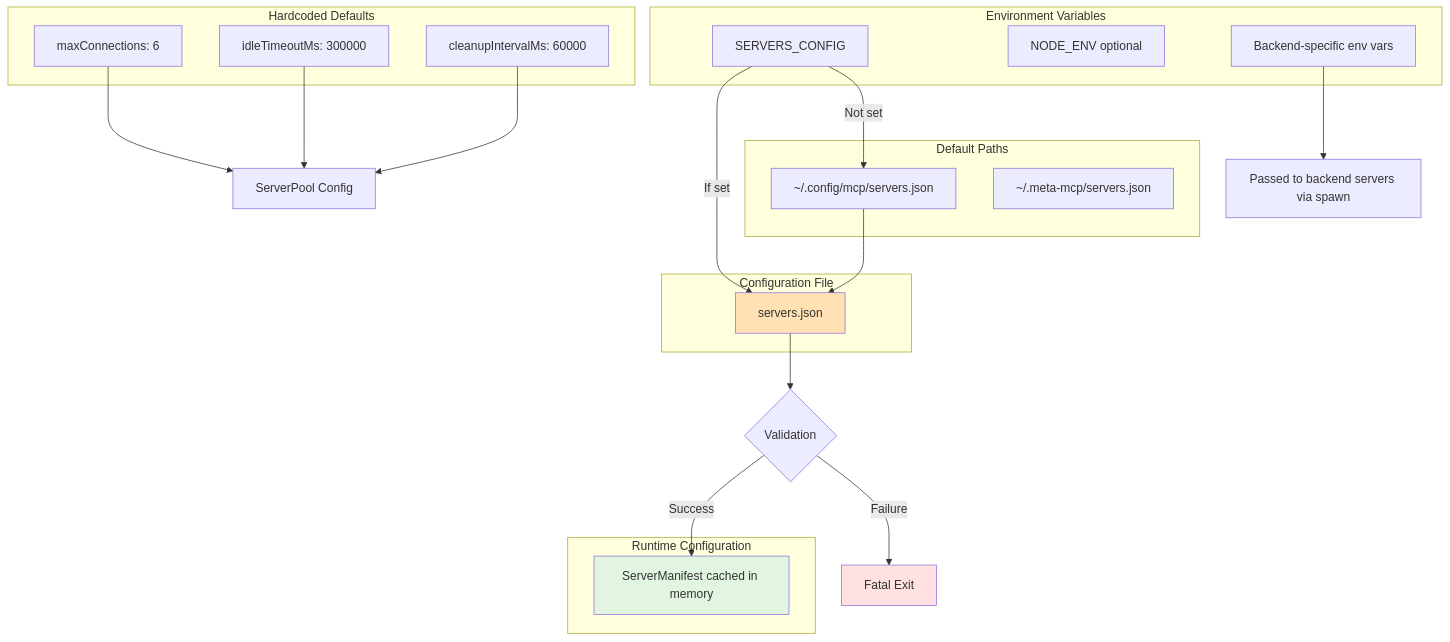
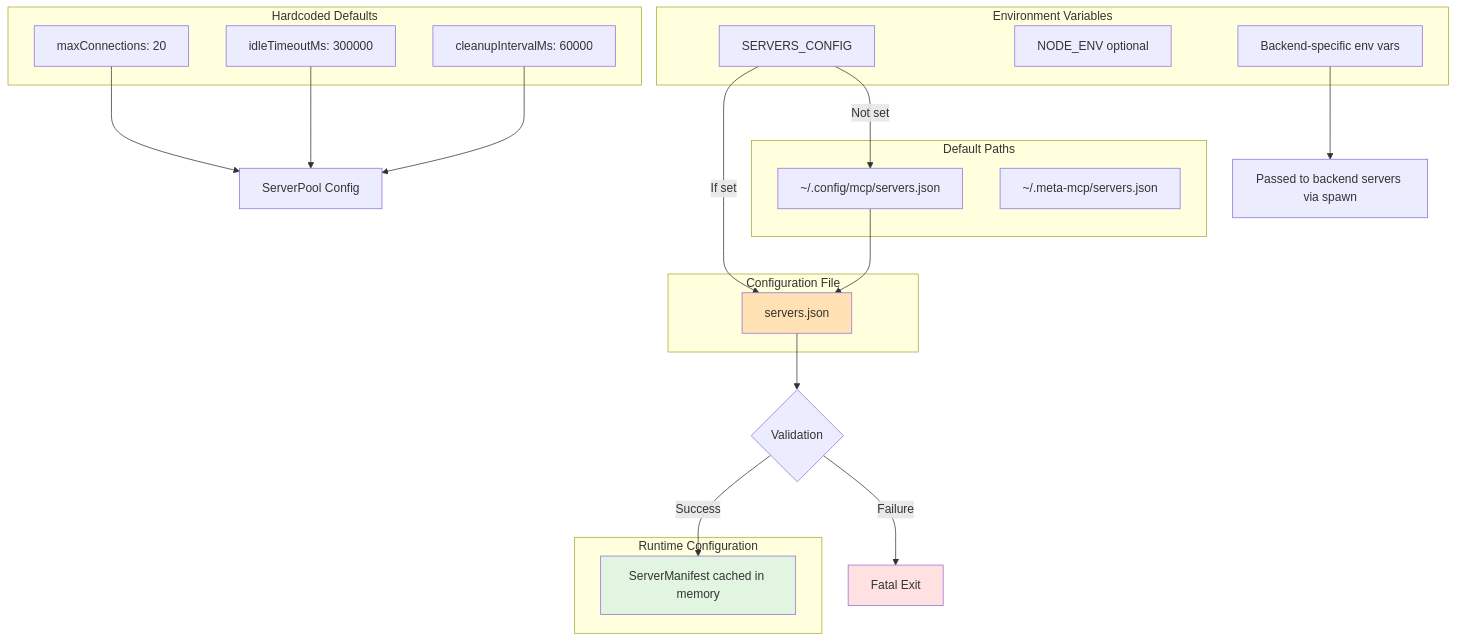
Diagram 13 of 16 in projects/meta-mcp-server/docs/diagrams/09-full-integration.md (blueman82/mcp-exec), drawn with Mermaid before and after one commit. The commit also changed other lines of this file and 6 other files, not shown here.

Commit message:
fix: Correct maxConnections default value from 6 to 20 in all diagrams

````diff
--- a/projects/meta-mcp-server/docs/diagrams/09-full-integration.md
+++ b/projects/meta-mcp-server/docs/diagrams/09-full-integration.md
@@ -693,46 +693,46 @@
 ```mermaid
 graph TD
     subgraph "Environment Variables"
         Env1[SERVERS_CONFIG]
         Env2[NODE_ENV optional]
         Env3[Backend-specific env vars]
     end
 
     subgraph "Default Paths"
         Default1[~/.config/mcp/servers.json]
         Default2[~/.meta-mcp/servers.json]
     end
 
     subgraph "Configuration File"
         ConfigFile[servers.json]
     end
 
     subgraph "Hardcoded Defaults"
-        HC1[maxConnections: 6]
+        HC1[maxConnections: 20]
         HC2[idleTimeoutMs: 300000]
         HC3[cleanupIntervalMs: 60000]
     end
 
     subgraph "Runtime Configuration"
         Runtime[ServerManifest cached in memory]
     end
 
     Env1 -->|If set| ConfigFile
     Env1 -->|Not set| Default1
 
     ConfigFile --> Validate{Validation}
     Validate -->|Success| Runtime
     Validate -->|Failure| Error[Fatal Exit]
 
     Default1 --> ConfigFile
 
     HC1 --> PoolConfig[ServerPool Config]
     HC2 --> PoolConfig
     HC3 --> PoolConfig
 
     Env3 --> BackendEnv[Passed to backend servers via spawn]
 
     style ConfigFile fill:#ffe1b3
     style Runtime fill:#e1f5e1
     style Error fill:#ffe1e1
 ```
````
